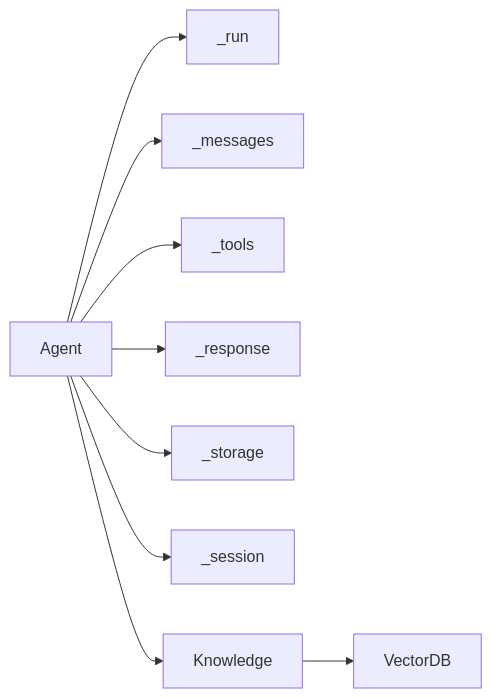
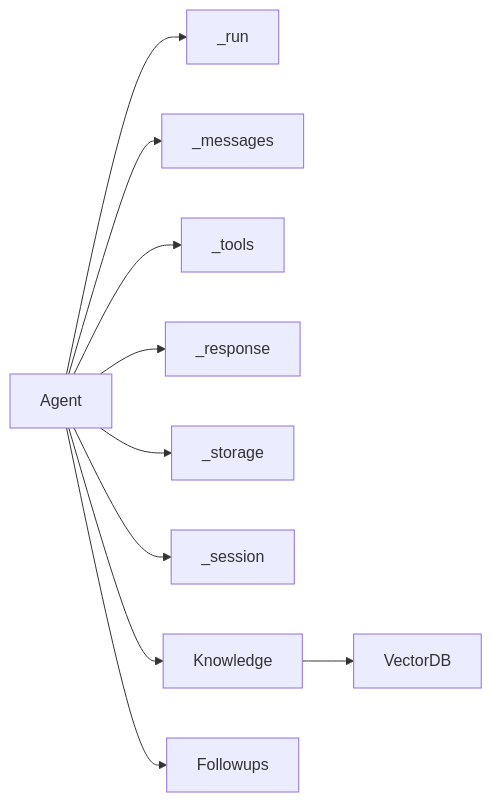
The seventh of 7 diagrams in .qoder/repowiki/zh/content/代理系统/代理系统.md (defulat-coder/agno-learn), drawn with Mermaid before and after one commit. The commit also changed other lines of this file and 1683 other files, not shown here.

````diff
--- a/.qoder/repowiki/zh/content/代理系统/代理系统.md
+++ b/.qoder/repowiki/zh/content/代理系统/代理系统.md
@@ -369,11 +437,12 @@
 ```mermaid
 graph LR
 AG["Agent"] --> RUN["_run"]
 AG --> MSG["_messages"]
 AG --> TOL["_tools"]
 AG --> RESP["_response"]
 AG --> STRG["_storage"]
 AG --> SES["_session"]
 AG --> KGE["Knowledge"]
+AG --> FU["Followups"]
 KGE --> VDB["VectorDB"]
 ```
````
